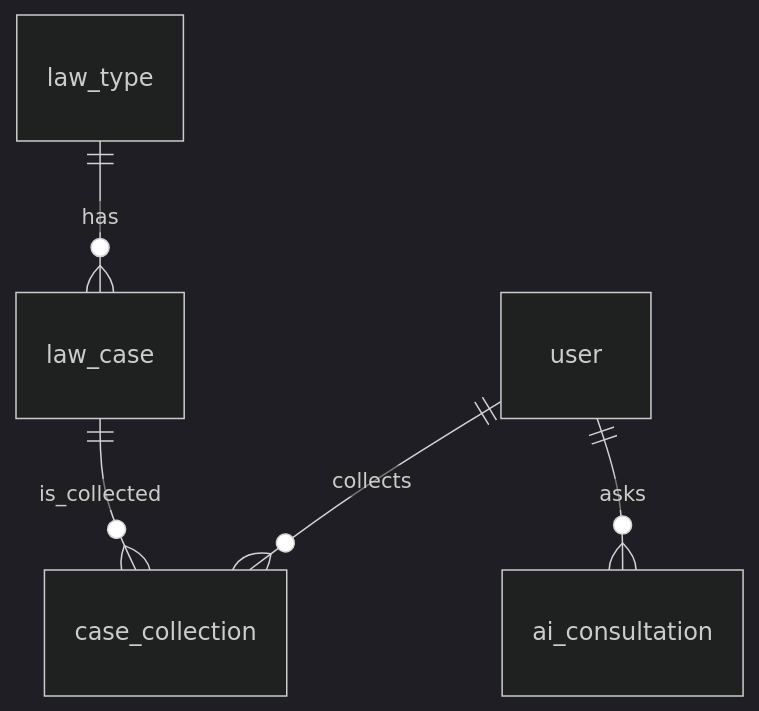
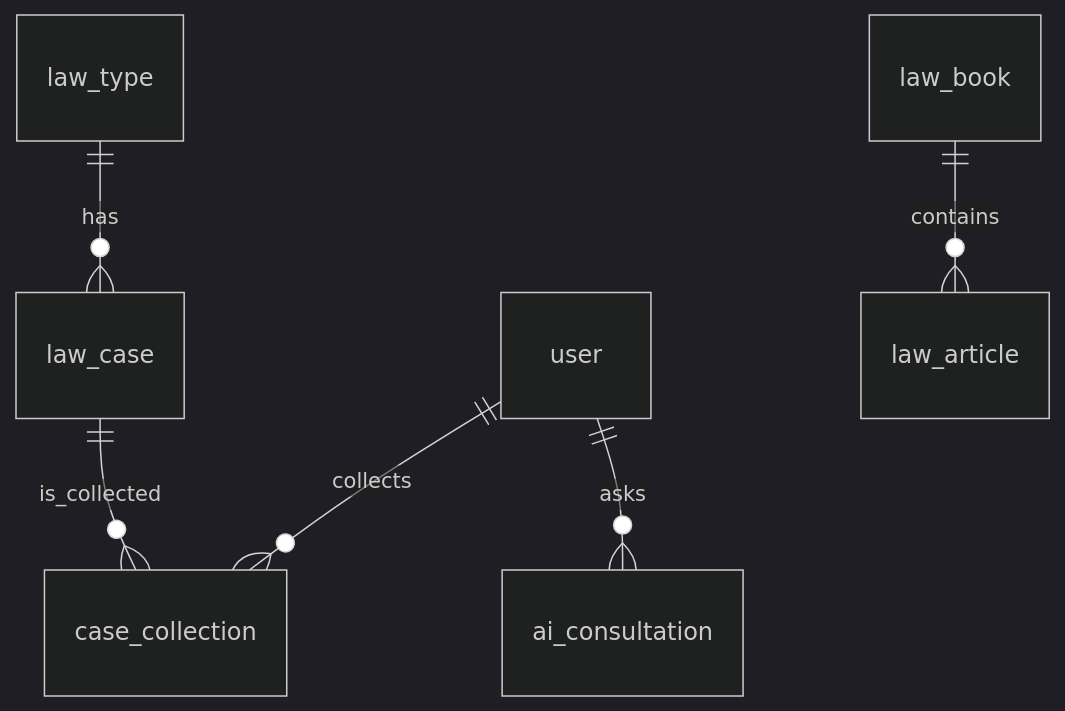
One commit to Li-qingyu/legal-front changed the diagram in database-framework.md. Above: the diagram before and after it, drawn with Mermaid (dark theme). The commit also changed other lines of this file and 12 other files, not shown here.

````diff
--- a/database-framework.md
+++ b/database-framework.md
@@ -95,7 +124,8 @@
 ```mermaid
 erDiagram
     law_type ||--o{ law_case : has
     user ||--o{ case_collection : collects
     law_case ||--o{ case_collection : is_collected
     user ||--o{ ai_consultation : asks
+    law_book ||--o{ law_article : contains
 ```
````
